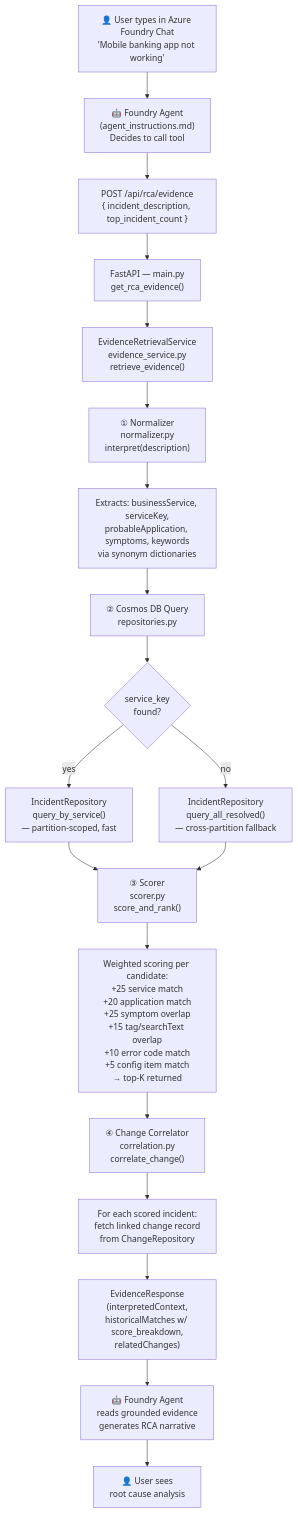
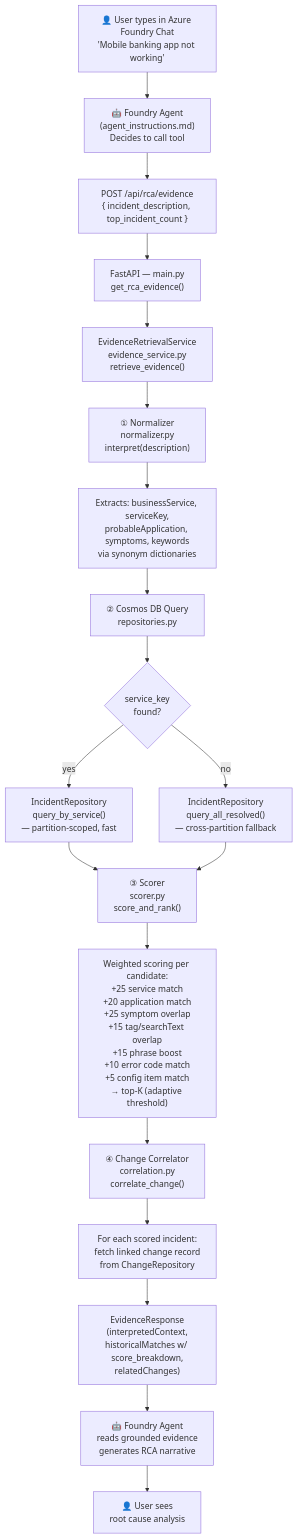
Before and after one commit to KshitijSathe-WIP/ks_code: the diagram in docs/Solution Overview.md, drawn with Mermaid. The commit also changed other lines of this file, not shown here.

````diff
--- a/docs/Solution Overview.md
+++ b/docs/Solution Overview.md
@@ -54,36 +54,36 @@
 ```mermaid
 flowchart TD
     A["👤 User types in Azure Foundry Chat\n'Mobile banking app not working'"]
     B["🤖 Foundry Agent\n(agent_instructions.md)\nDecides to call tool"]
     C["POST /api/rca/evidence\n{ incident_description, top_incident_count }"]
     D["FastAPI — main.py\nget_rca_evidence()"]
     E["EvidenceRetrievalService\nevidence_service.py\nretrieve_evidence()"]
 
     F["① Normalizer\nnormalizer.py\ninterpret(description)"]
     G["Extracts: businessService, serviceKey,\nprobableApplication, symptoms, keywords\nvia synonym dictionaries"]
 
     H["② Cosmos DB Query\nrepositories.py"]
     I{service_key\nfound?}
     J["IncidentRepository\nquery_by_service()\n— partition-scoped, fast"]
     K["IncidentRepository\nquery_all_resolved()\n— cross-partition fallback"]
 
     L["③ Scorer\nscorer.py\nscore_and_rank()"]
-    M["Weighted scoring per candidate:\n+25 service match\n+20 application match\n+25 symptom overlap\n+15 tag/searchText overlap\n+10 error code match\n+5 config item match\n→ top-K returned"]
+    M["Weighted scoring per candidate:\n+25 service match\n+20 application match\n+25 symptom overlap\n+15 tag/searchText overlap\n+15 phrase boost\n+10 error code match\n+5 config item match\n→ top-K (adaptive threshold)"]
 
     N["④ Change Correlator\ncorrelation.py\ncorrelate_change()"]
     O["For each scored incident:\nfetch linked change record\nfrom ChangeRepository"]
 
     P["EvidenceResponse\n(interpretedContext,\nhistoricalMatches w/ score_breakdown,\nrelatedChanges)"]
     Q["🤖 Foundry Agent\nreads grounded evidence\ngenerates RCA narrative"]
     R["👤 User sees\nroot cause analysis"]
 
     A --> B --> C --> D --> E
     E --> F --> G
     G --> H --> I
     I -- yes --> J
     I -- no --> K
     J --> L
     K --> L
     L --> M --> N --> O
     O --> P --> Q --> R
 ```
````
